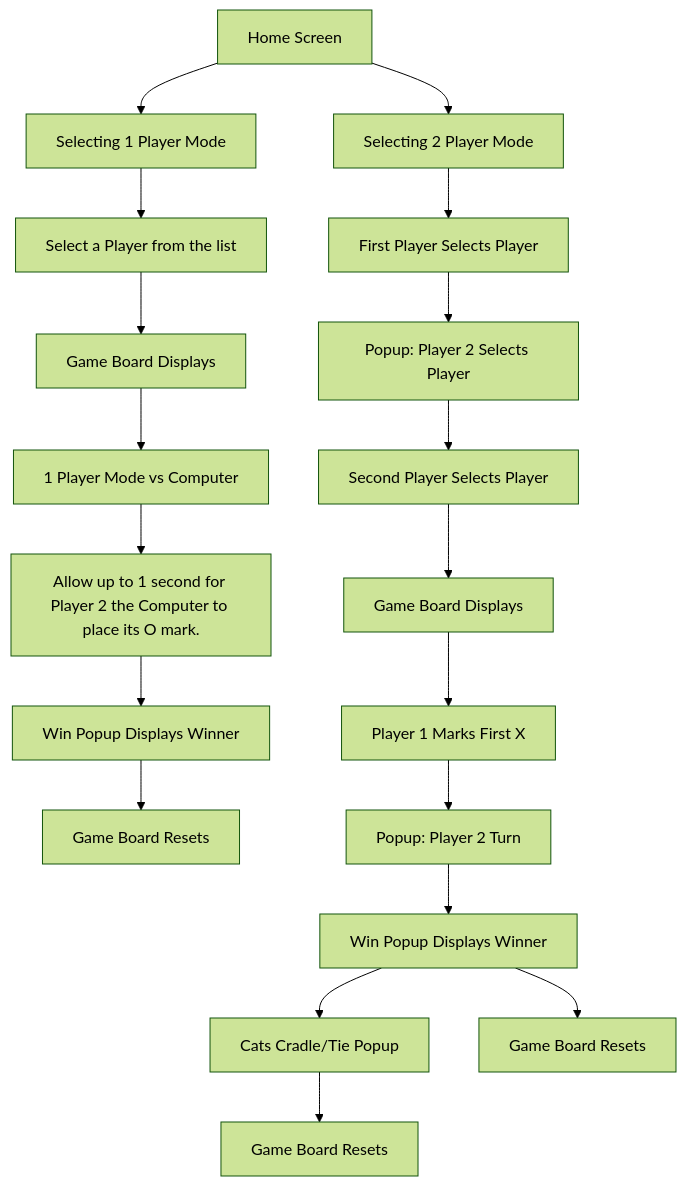
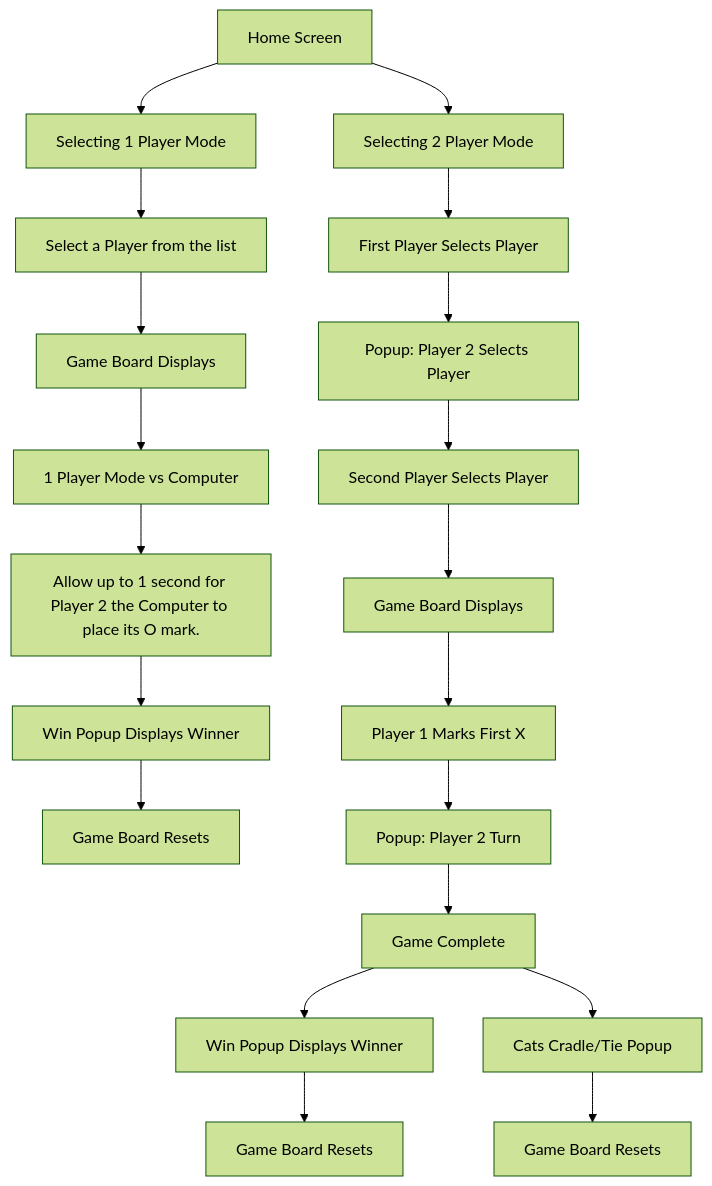
Before and after one commit to jfprogramming/tic-tac-toe: the second of 2 diagrams in README.md, drawn with Mermaid (forest theme).

````diff
--- a/README.md
+++ b/README.md
@@ -59,21 +59,22 @@
 ```mermaid
 graph TD
     A[Home Screen] --> B[Selecting 1 Player Mode]
     B --> C[Select a Player from the list]
     C --> D[Game Board Displays]
     D --> E[1 Player Mode vs Computer]
     E --> F[Allow up to 1 second for Player 2 the Computer to place its O mark.]
     F --> G[Win Popup Displays Winner]
     G --> H[Game Board Resets]
     A --> I[Selecting 2 Player Mode]
     I --> J[First Player Selects Player]
     J --> K[Popup: Player 2 Selects Player]
     K --> L[Second Player Selects Player]
     L --> M[Game Board Displays]
     M --> N[Player 1 Marks First X]
     N --> O[Popup: Player 2 Turn]
     O --> P[Game Complete]
-    P[Win Popup Displays Winner] --> Q[Cats Cradle/Tie Popup]
-    P --> R[Game Board Resets]
-    Q --> S[Game Board Resets]
+    P --> Q[Win Popup Displays Winner]
+    P --> R[Cats Cradle/Tie Popup]
+    R --> S[Game Board Resets]
+    Q --> T[Game Board Resets]
 ```
````
